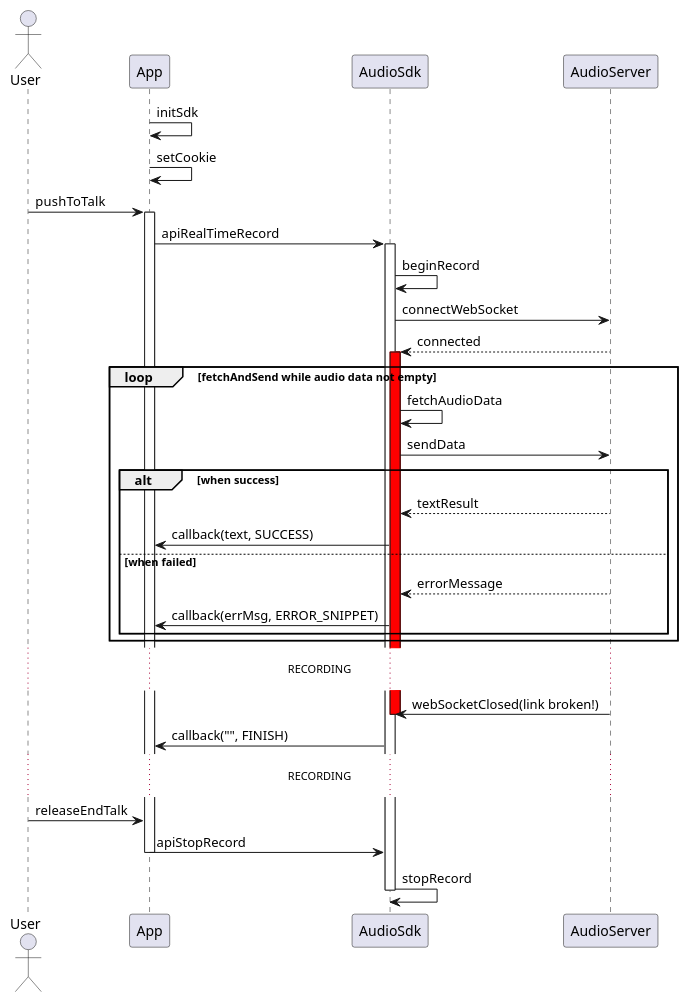
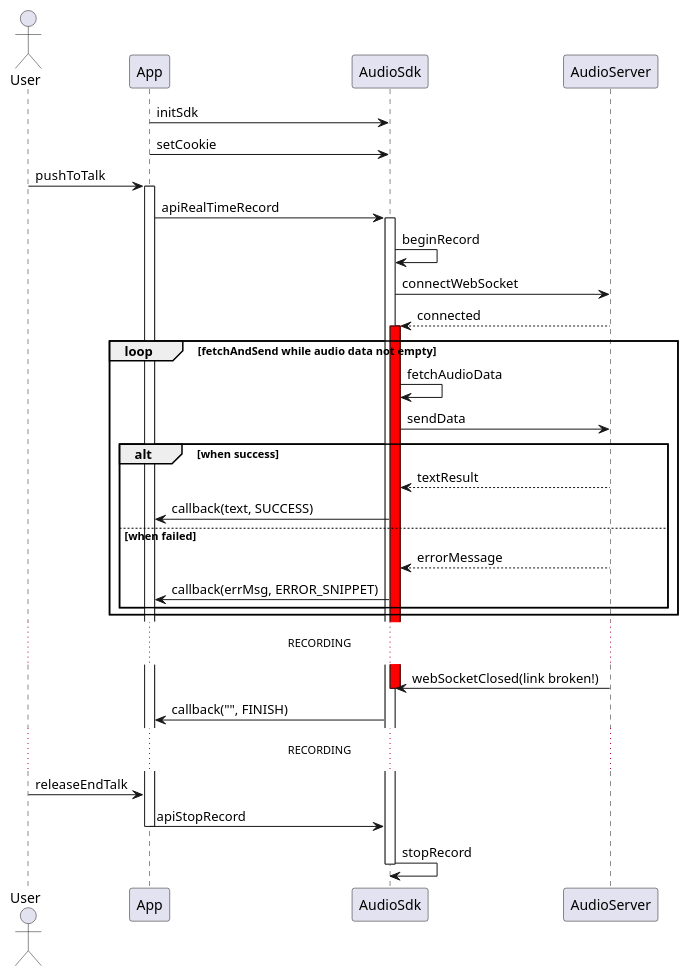
One commit to jzyu/MyPlantUML changed the diagram in HwAudio2Text/SequenceWebSocketBroken.puml. Above: the diagram before and after it, drawn with PlantUML. The commit also changed 3 other files, not shown here.

```diff
--- a/HwAudio2Text/SequenceWebSocketBroken.puml
+++ b/HwAudio2Text/SequenceWebSocketBroken.puml
@@ -6,46 +6,46 @@
 @startuml
 actor User
 participant App
 participant AudioSdk as Sdk
 participant AudioServer as Server
 
-App -> App: initSdk
-App -> App: setCookie
+App -> Sdk: initSdk
+App -> Sdk: setCookie
 
 User -> App: pushToTalk
 activate App
 App -> Sdk: apiRealTimeRecord
 
 activate Sdk
 Sdk -> Sdk: beginRecord
 Sdk -> Server: connectWebSocket
 Server --> Sdk: connected
 
 activate Sdk #Red
 loop fetchAndSend while audio data not empty
 Sdk -> Sdk: fetchAudioData
 Sdk -> Server: sendData
     alt when success
     Server --> Sdk: textResult
     Sdk -> App: callback(text, SUCCESS)
     else when failed
     Server --> Sdk: errorMessage
     Sdk -> App: callback(errMsg, ERROR_SNIPPET)
     end
 end
 
 ... RECORDING ...
 ' 问题：webSocket意外断开没有retry连接，后续录音一直都没有发出去
 Server -> Sdk: webSocketClosed(link broken!)
 deactivate Sdk
 'webSocket disconnect
 Sdk -> App: callback("", FINISH)
 
 ... RECORDING ...
 User -> App: releaseEndTalk
 App -> Sdk: apiStopRecord
 deactivate App
 Sdk -> Sdk: stopRecord
 deactivate Sdk
 
 @enduml
```
